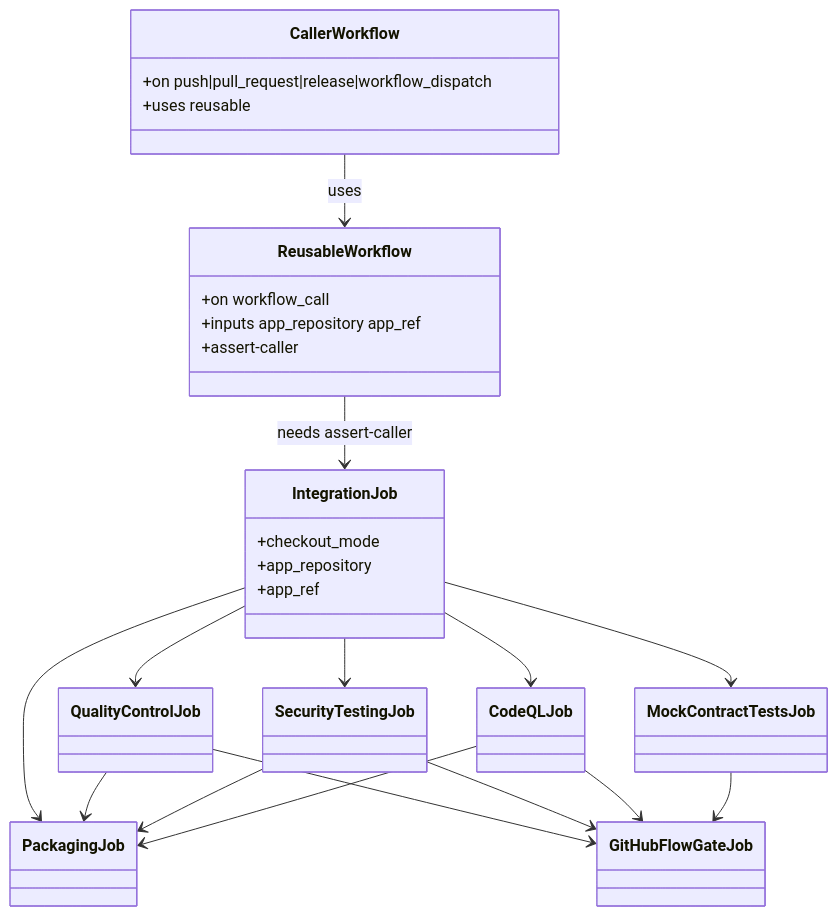
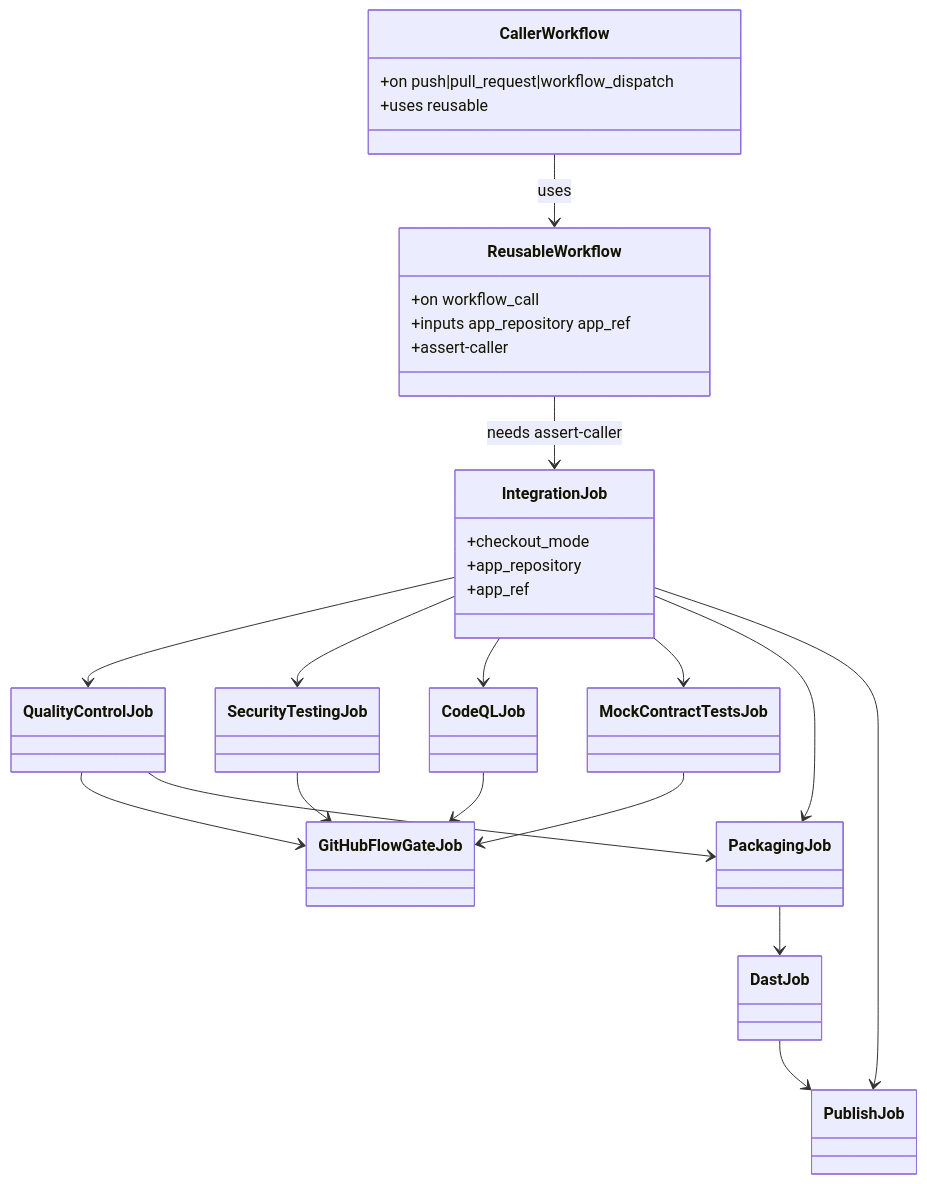
The diagram in heavy-rental-mobile/spdd/prompt/add-mobile-ci-pipeline.md (Heavy-Rental/heavy-rental-project-pipeline-development), drawn with Mermaid before and after one commit. The commit also changed other lines of this file and 42 other files, not shown here.

````diff
--- a/heavy-rental-mobile/spdd/prompt/add-mobile-ci-pipeline.md
+++ b/heavy-rental-mobile/spdd/prompt/add-mobile-ci-pipeline.md
@@ -21,37 +21,40 @@
 ```mermaid
 classDiagram
     class CallerWorkflow {
-      +on push|pull_request|release|workflow_dispatch
+      +on push|pull_request|workflow_dispatch
       +uses reusable
     }
     class ReusableWorkflow {
       +on workflow_call
       +inputs app_repository app_ref
       +assert-caller
     }
     class IntegrationJob {
       +checkout_mode
       +app_repository
       +app_ref
     }
     class QualityControlJob
     class SecurityTestingJob
     class CodeQLJob
     class MockContractTestsJob
     class PackagingJob
+    class DastJob
+    class PublishJob
     class GitHubFlowGateJob
     CallerWorkflow --> ReusableWorkflow : uses
     ReusableWorkflow --> IntegrationJob : needs assert-caller
     IntegrationJob --> QualityControlJob
     IntegrationJob --> SecurityTestingJob
     IntegrationJob --> CodeQLJob
     IntegrationJob --> MockContractTestsJob
-    IntegrationJob --> PackagingJob
-    QualityControlJob --> PackagingJob
-    SecurityTestingJob --> PackagingJob
-    CodeQLJob --> PackagingJob
     QualityControlJob --> GitHubFlowGateJob
     SecurityTestingJob --> GitHubFlowGateJob
     CodeQLJob --> GitHubFlowGateJob
     MockContractTestsJob --> GitHubFlowGateJob
+    IntegrationJob --> PackagingJob
+    QualityControlJob --> PackagingJob
+    PackagingJob --> DastJob
+    IntegrationJob --> PublishJob
+    DastJob --> PublishJob
 ```
````
